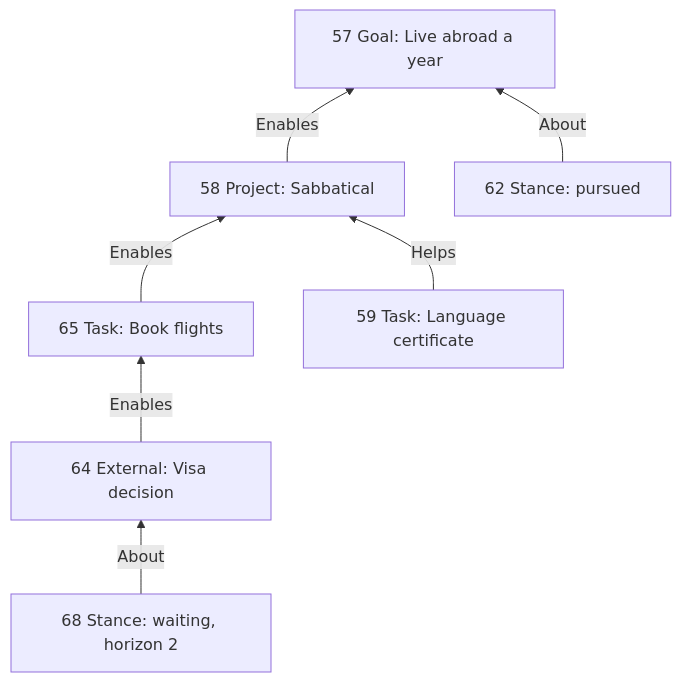
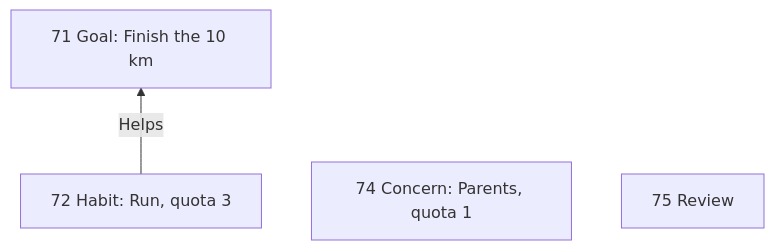
One commit to RezaOnGithub/lifecore changed the tenth of 13 diagrams in docs/PLANNING-EXPLAINER.md. Above: the diagram before and after it, drawn with Mermaid. The commit also changed other lines of this file and 3 other files, not shown here.

````diff
--- a/docs/PLANNING-EXPLAINER.md
+++ b/docs/PLANNING-EXPLAINER.md
@@ -983,9 +1065,6 @@
 ```mermaid
 flowchart BT
-    E["64 External: Visa decision"] -- Enables --> T["65 Task: Book flights"]
-    T -- Enables --> P["58 Project: Sabbatical"]
-    P -- Enables --> G["57 Goal: Live abroad a year"]
-    Q["59 Task: Language certificate"] -- Helps --> P
-    W["68 Stance: waiting, horizon 2"] -- About --> E
-    S["62 Stance: pursued"] -- About --> G
+    H["72 Habit: Run, quota 3"] -- Helps --> G["71 Goal: Finish the 10 km"]
+    C["74 Concern: Parents, quota 1"]
+    R["75 Review"]
 ```
````
